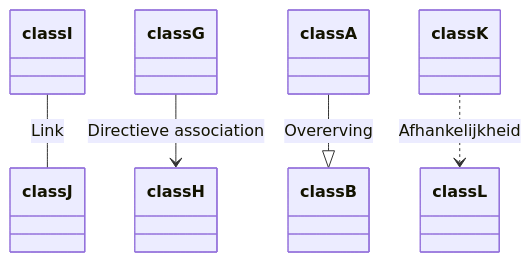
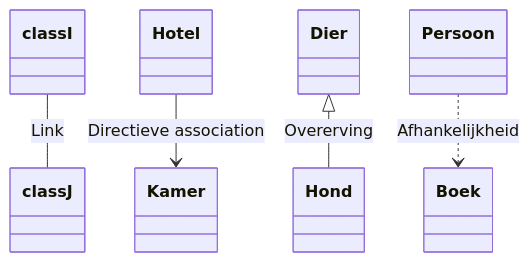
One commit to Windesheim-HBO-ICT/Leerlijn-Content-SE changed the fourth of 4 diagrams in content/2. Ondersteunende-informatie/3. Processen/3. Ontwerpproces/1. Opstellen ontwerp/Schematechnieken/1. Klassendiagram.md. Above: the diagram before and after it, drawn with Mermaid. The commit also changed other lines of this file, not shown here.

````diff
--- a/content/2. Ondersteunende-informatie/3. Processen/3. Ontwerpproces/1. Opstellen ontwerp/Schematechnieken/1. Klassendiagram.md
+++ b/content/2. Ondersteunende-informatie/3. Processen/3. Ontwerpproces/1. Opstellen ontwerp/Schematechnieken/1. Klassendiagram.md
@@ -122,9 +123,9 @@
 ``` mermaid
 
 classDiagram
 classI -- classJ : Link
-classG --> classH : Directieve association
-classA --|> classB : Overerving
-classK ..> classL : Afhankelijkheid
+Hotel --> Kamer : Directieve association
+Dier <|-- Hond : Overerving
+Persoon ..> Boek : Afhankelijkheid
 
 ```
````
